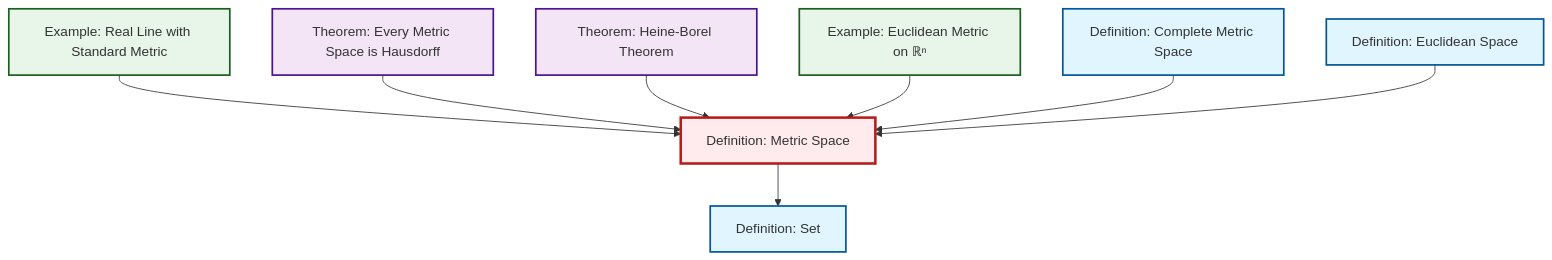
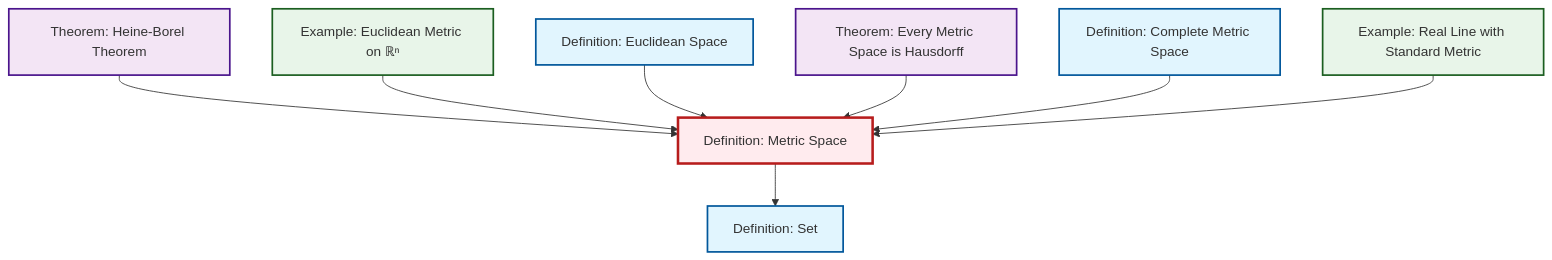
One commit to RK0429/ModernMath changed the diagram in output/mermaid/def-metric-space.mermaid. Above: the diagram before and after it, drawn with Mermaid. The commit also changed other lines of this file and 1122 other files, not shown here.

````diff
--- a/output/mermaid/def-metric-space.mermaid
+++ b/output/mermaid/def-metric-space.mermaid
@@ -1,25 +1,25 @@
 ```{mermaid}
 %%| fig-cap: "Local dependency graph"
 graph TD
     classDef definition fill:#e1f5fe,stroke:#01579b,stroke-width:2px
     classDef theorem fill:#f3e5f5,stroke:#4a148c,stroke-width:2px
     classDef axiom fill:#fff3e0,stroke:#e65100,stroke-width:2px
     classDef example fill:#e8f5e9,stroke:#1b5e20,stroke-width:2px
     classDef current fill:#ffebee,stroke:#b71c1c,stroke-width:3px
-    thm-heine-borel["Theorem: Heine-Borel Theorem"]:::theorem
     def-euclidean-space["Definition: Euclidean Space"]:::definition
-    def-set["Definition: Set"]:::definition
-    ex-real-line-metric["Example: Real Line with Standard Metric"]:::example
+    ex-euclidean-metric["Example: Euclidean Metric on ℝⁿ"]:::example
     thm-metric-hausdorff["Theorem: Every Metric Space is Hausdorff"]:::theorem
     def-complete-metric-space["Definition: Complete Metric Space"]:::definition
+    ex-real-line-metric["Example: Real Line with Standard Metric"]:::example
+    thm-heine-borel["Theorem: Heine-Borel Theorem"]:::theorem
     def-metric-space["Definition: Metric Space"]:::definition
-    ex-euclidean-metric["Example: Euclidean Metric on ℝⁿ"]:::example
-    ex-real-line-metric --> def-metric-space
-    thm-metric-hausdorff --> def-metric-space
+    def-set["Definition: Set"]:::definition
+    def-metric-space --> def-set
     thm-heine-borel --> def-metric-space
     ex-euclidean-metric --> def-metric-space
-    def-metric-space --> def-set
+    def-euclidean-space --> def-metric-space
+    thm-metric-hausdorff --> def-metric-space
     def-complete-metric-space --> def-metric-space
-    def-euclidean-space --> def-metric-space
+    ex-real-line-metric --> def-metric-space
     class def-metric-space current
 ```
````
